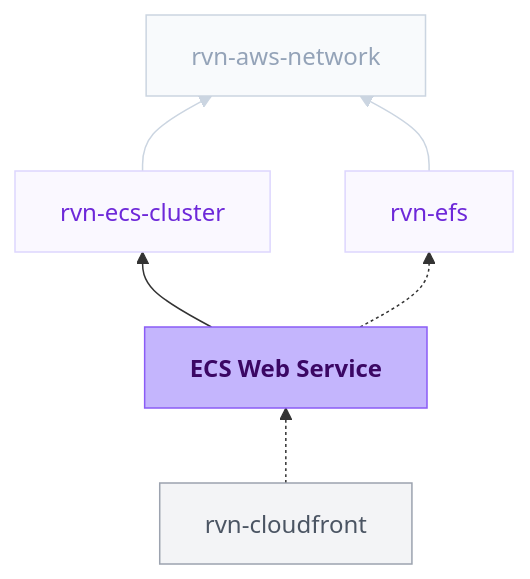
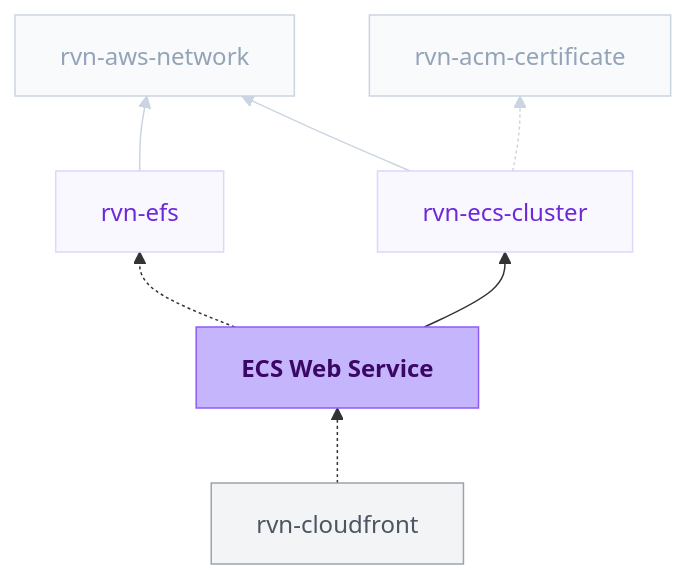
One commit to flightcontrolhq/docs changed the diagram in module-definitions/catalog/rvn-ecs-web.mdx. Above: the diagram before and after it, drawn with Mermaid. The commit also changed 7 other files, not shown here.

Commit message:
chore: sync module catalog docs

````diff
--- a/module-definitions/catalog/rvn-ecs-web.mdx
+++ b/module-definitions/catalog/rvn-ecs-web.mdx
@@ -13,24 +13,26 @@
 ```mermaid
 flowchart BT
   rvn_cloudfront["rvn-cloudfront"] -.-> rvn_ecs_web["<strong>ECS Web Service</strong>"]
   rvn_ecs_web --> rvn_ecs_cluster["rvn-ecs-cluster"]
   rvn_ecs_web -.-> rvn_efs["rvn-efs"]
   rvn_ecs_cluster --> rvn_aws_network["rvn-aws-network"]
+  rvn_ecs_cluster -.-> rvn_acm_certificate["rvn-acm-certificate"]
   rvn_efs --> rvn_aws_network
 
   class rvn_ecs_web current
   class rvn_ecs_cluster,rvn_efs dependency
   class rvn_cloudfront consumer
-  class rvn_aws_network upstream
+  class rvn_aws_network,rvn_acm_certificate upstream
 
   classDef current fill:#C4B5FD,stroke:#8B5CF6,color:#3B0764
   classDef dependency fill:#FAF8FF,stroke:#DDD6FE,color:#6D28D9
   classDef consumer fill:#F3F4F6,stroke:#9CA3AF,color:#4B5563
   classDef upstream fill:#F8FAFC,stroke:#CBD5E1,color:#94A3B8
-  linkStyle 3,4 stroke:#CBD5E1,color:#94A3B8
+  linkStyle 3,4,5 stroke:#CBD5E1,color:#94A3B8
 
   click rvn_cloudfront "/module-definitions/catalog/rvn-cloudfront" "Open rvn-cloudfront docs"
   click rvn_ecs_cluster "/module-definitions/catalog/rvn-ecs-cluster" "Open rvn-ecs-cluster docs"
   click rvn_efs "/module-definitions/catalog/rvn-efs" "Open rvn-efs docs"
   click rvn_aws_network "/module-definitions/catalog/rvn-aws-network" "Open rvn-aws-network docs"
+  click rvn_acm_certificate "/module-definitions/catalog/rvn-acm-certificate" "Open rvn-acm-certificate docs"
 ```
````
